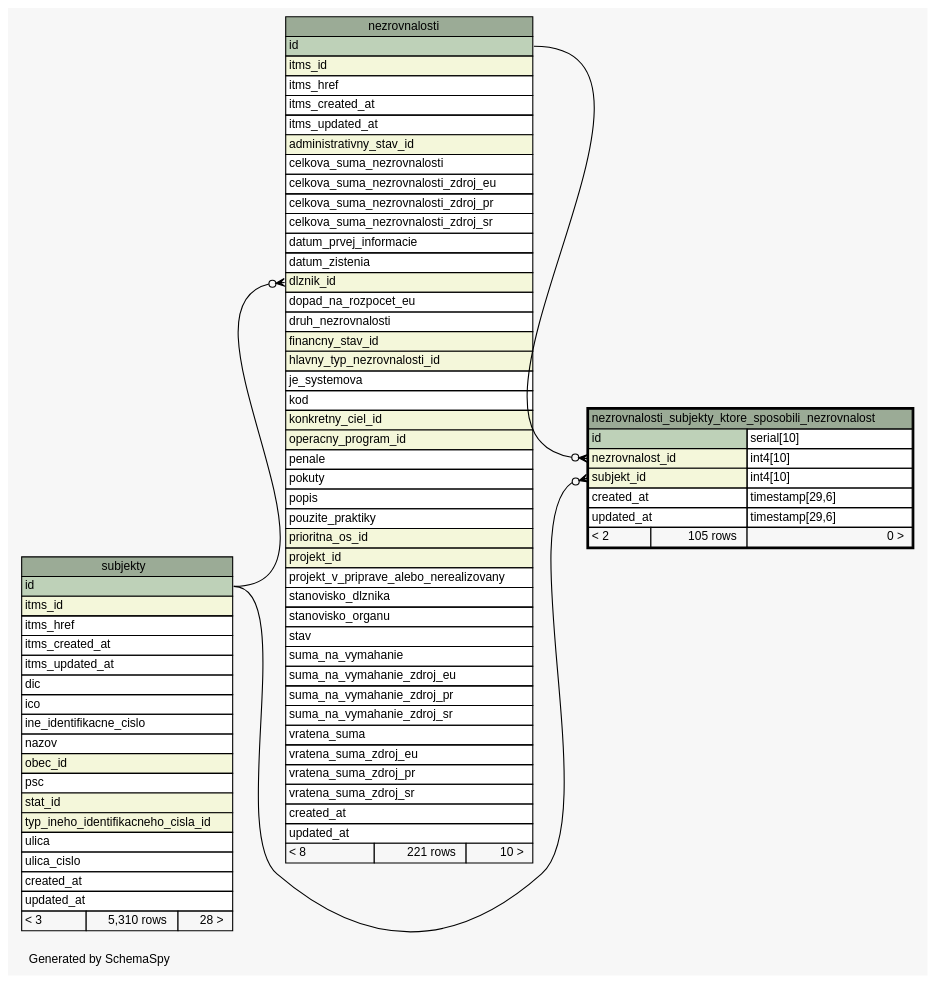
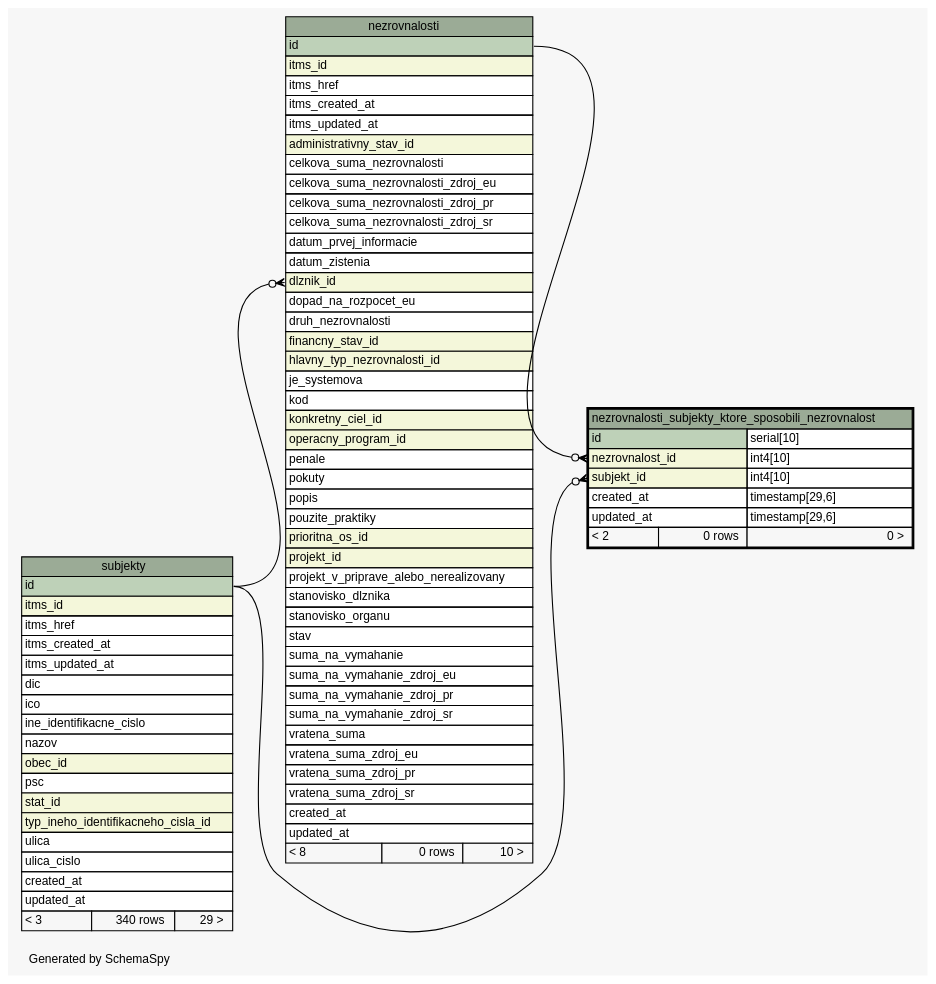
Before and after one commit to eronisko/itms_schema: the diagram in diagrams/nezrovnalosti_subjekty_ktore_sposobili_nezrovnalost.1degree.dot, drawn with Graphviz. The commit also changed 473 other files, not shown here.

Commit message:
Reload schema data

```diff
--- a/diagrams/nezrovnalosti_subjekty_ktore_sposobili_nezrovnalost.1degree.dot
+++ b/diagrams/nezrovnalosti_subjekty_ktore_sposobili_nezrovnalost.1degree.dot
@@ -1,115 +1,115 @@
 // dot 2.38.0 on Linux 4.10.0-38-generic
 // SchemaSpy rev 590
 digraph "oneDegreeRelationshipsDiagram" {
   graph [
     rankdir="RL"
     bgcolor="#f7f7f7"
     label="\nGenerated by SchemaSpy"
     labeljust="l"
     nodesep="0.18"
     ranksep="0.46"
     fontname="Helvetica"
     fontsize="11"
   ];
   node [
     fontname="Helvetica"
     fontsize="11"
     shape="plaintext"
   ];
   edge [
     arrowsize="0.8"
   ];
   "nezrovnalosti":"dlznik_id":w -> "subjekty":"id":e [arrowhead=none dir=back arrowtail=crowodot];
   "nezrovnalosti_subjekty_ktore_sposobili_nezrovnalost":"nezrovnalost_id":w -> "nezrovnalosti":"id":e [arrowhead=none dir=back arrowtail=crowodot];
   "nezrovnalosti_subjekty_ktore_sposobili_nezrovnalost":"subjekt_id":w -> "subjekty":"id":e [arrowhead=none dir=back arrowtail=crowodot];
   "nezrovnalosti" [
     label=<
     <TABLE BORDER="0" CELLBORDER="1" CELLSPACING="0" BGCOLOR="#ffffff">
       <TR><TD COLSPAN="3" BGCOLOR="#9bab96" ALIGN="CENTER">nezrovnalosti</TD></TR>
       <TR><TD PORT="id" COLSPAN="3" BGCOLOR="#bed1b8" ALIGN="LEFT">id</TD></TR>
       <TR><TD PORT="itms_id" COLSPAN="3" BGCOLOR="#f4f7da" ALIGN="LEFT">itms_id</TD></TR>
       <TR><TD PORT="itms_href" COLSPAN="3" ALIGN="LEFT">itms_href</TD></TR>
       <TR><TD PORT="itms_created_at" COLSPAN="3" ALIGN="LEFT">itms_created_at</TD></TR>
       <TR><TD PORT="itms_updated_at" COLSPAN="3" ALIGN="LEFT">itms_updated_at</TD></TR>
       <TR><TD PORT="administrativny_stav_id" COLSPAN="3" BGCOLOR="#f4f7da" ALIGN="LEFT">administrativny_stav_id</TD></TR>
       <TR><TD PORT="celkova_suma_nezrovnalosti" COLSPAN="3" ALIGN="LEFT">celkova_suma_nezrovnalosti</TD></TR>
       <TR><TD PORT="celkova_suma_nezrovnalosti_zdroj_eu" COLSPAN="3" ALIGN="LEFT">celkova_suma_nezrovnalosti_zdroj_eu</TD></TR>
       <TR><TD PORT="celkova_suma_nezrovnalosti_zdroj_pr" COLSPAN="3" ALIGN="LEFT">celkova_suma_nezrovnalosti_zdroj_pr</TD></TR>
       <TR><TD PORT="celkova_suma_nezrovnalosti_zdroj_sr" COLSPAN="3" ALIGN="LEFT">celkova_suma_nezrovnalosti_zdroj_sr</TD></TR>
       <TR><TD PORT="datum_prvej_informacie" COLSPAN="3" ALIGN="LEFT">datum_prvej_informacie</TD></TR>
       <TR><TD PORT="datum_zistenia" COLSPAN="3" ALIGN="LEFT">datum_zistenia</TD></TR>
       <TR><TD PORT="dlznik_id" COLSPAN="3" BGCOLOR="#f4f7da" ALIGN="LEFT">dlznik_id</TD></TR>
       <TR><TD PORT="dopad_na_rozpocet_eu" COLSPAN="3" ALIGN="LEFT">dopad_na_rozpocet_eu</TD></TR>
       <TR><TD PORT="druh_nezrovnalosti" COLSPAN="3" ALIGN="LEFT">druh_nezrovnalosti</TD></TR>
       <TR><TD PORT="financny_stav_id" COLSPAN="3" BGCOLOR="#f4f7da" ALIGN="LEFT">financny_stav_id</TD></TR>
       <TR><TD PORT="hlavny_typ_nezrovnalosti_id" COLSPAN="3" BGCOLOR="#f4f7da" ALIGN="LEFT">hlavny_typ_nezrovnalosti_id</TD></TR>
       <TR><TD PORT="je_systemova" COLSPAN="3" ALIGN="LEFT">je_systemova</TD></TR>
       <TR><TD PORT="kod" COLSPAN="3" ALIGN="LEFT">kod</TD></TR>
       <TR><TD PORT="konkretny_ciel_id" COLSPAN="3" BGCOLOR="#f4f7da" ALIGN="LEFT">konkretny_ciel_id</TD></TR>
       <TR><TD PORT="operacny_program_id" COLSPAN="3" BGCOLOR="#f4f7da" ALIGN="LEFT">operacny_program_id</TD></TR>
       <TR><TD PORT="penale" COLSPAN="3" ALIGN="LEFT">penale</TD></TR>
       <TR><TD PORT="pokuty" COLSPAN="3" ALIGN="LEFT">pokuty</TD></TR>
       <TR><TD PORT="popis" COLSPAN="3" ALIGN="LEFT">popis</TD></TR>
       <TR><TD PORT="pouzite_praktiky" COLSPAN="3" ALIGN="LEFT">pouzite_praktiky</TD></TR>
       <TR><TD PORT="prioritna_os_id" COLSPAN="3" BGCOLOR="#f4f7da" ALIGN="LEFT">prioritna_os_id</TD></TR>
       <TR><TD PORT="projekt_id" COLSPAN="3" BGCOLOR="#f4f7da" ALIGN="LEFT">projekt_id</TD></TR>
       <TR><TD PORT="projekt_v_priprave_alebo_nerealizovany" COLSPAN="3" ALIGN="LEFT">projekt_v_priprave_alebo_nerealizovany</TD></TR>
       <TR><TD PORT="stanovisko_dlznika" COLSPAN="3" ALIGN="LEFT">stanovisko_dlznika</TD></TR>
       <TR><TD PORT="stanovisko_organu" COLSPAN="3" ALIGN="LEFT">stanovisko_organu</TD></TR>
       <TR><TD PORT="stav" COLSPAN="3" ALIGN="LEFT">stav</TD></TR>
       <TR><TD PORT="suma_na_vymahanie" COLSPAN="3" ALIGN="LEFT">suma_na_vymahanie</TD></TR>
       <TR><TD PORT="suma_na_vymahanie_zdroj_eu" COLSPAN="3" ALIGN="LEFT">suma_na_vymahanie_zdroj_eu</TD></TR>
       <TR><TD PORT="suma_na_vymahanie_zdroj_pr" COLSPAN="3" ALIGN="LEFT">suma_na_vymahanie_zdroj_pr</TD></TR>
       <TR><TD PORT="suma_na_vymahanie_zdroj_sr" COLSPAN="3" ALIGN="LEFT">suma_na_vymahanie_zdroj_sr</TD></TR>
       <TR><TD PORT="vratena_suma" COLSPAN="3" ALIGN="LEFT">vratena_suma</TD></TR>
       <TR><TD PORT="vratena_suma_zdroj_eu" COLSPAN="3" ALIGN="LEFT">vratena_suma_zdroj_eu</TD></TR>
       <TR><TD PORT="vratena_suma_zdroj_pr" COLSPAN="3" ALIGN="LEFT">vratena_suma_zdroj_pr</TD></TR>
       <TR><TD PORT="vratena_suma_zdroj_sr" COLSPAN="3" ALIGN="LEFT">vratena_suma_zdroj_sr</TD></TR>
       <TR><TD PORT="created_at" COLSPAN="3" ALIGN="LEFT">created_at</TD></TR>
       <TR><TD PORT="updated_at" COLSPAN="3" ALIGN="LEFT">updated_at</TD></TR>
-      <TR><TD ALIGN="LEFT" BGCOLOR="#f7f7f7">&lt; 8</TD><TD ALIGN="RIGHT" BGCOLOR="#f7f7f7">221 rows</TD><TD ALIGN="RIGHT" BGCOLOR="#f7f7f7">10 &gt;</TD></TR>
+      <TR><TD ALIGN="LEFT" BGCOLOR="#f7f7f7">&lt; 8</TD><TD ALIGN="RIGHT" BGCOLOR="#f7f7f7">0 rows</TD><TD ALIGN="RIGHT" BGCOLOR="#f7f7f7">10 &gt;</TD></TR>
     </TABLE>>
     URL="nezrovnalosti.html"
     tooltip="nezrovnalosti"
   ];
   "nezrovnalosti_subjekty_ktore_sposobili_nezrovnalost" [
     label=<
     <TABLE BORDER="2" CELLBORDER="1" CELLSPACING="0" BGCOLOR="#ffffff">
       <TR><TD COLSPAN="3" BGCOLOR="#9bab96" ALIGN="CENTER">nezrovnalosti_subjekty_ktore_sposobili_nezrovnalost</TD></TR>
       <TR><TD PORT="id" COLSPAN="2" BGCOLOR="#bed1b8" ALIGN="LEFT">id</TD><TD PORT="id.type" ALIGN="LEFT">serial[10]</TD></TR>
       <TR><TD PORT="nezrovnalost_id" COLSPAN="2" BGCOLOR="#f4f7da" ALIGN="LEFT">nezrovnalost_id</TD><TD PORT="nezrovnalost_id.type" ALIGN="LEFT">int4[10]</TD></TR>
       <TR><TD PORT="subjekt_id" COLSPAN="2" BGCOLOR="#f4f7da" ALIGN="LEFT">subjekt_id</TD><TD PORT="subjekt_id.type" ALIGN="LEFT">int4[10]</TD></TR>
       <TR><TD PORT="created_at" COLSPAN="2" ALIGN="LEFT">created_at</TD><TD PORT="created_at.type" ALIGN="LEFT">timestamp[29,6]</TD></TR>
       <TR><TD PORT="updated_at" COLSPAN="2" ALIGN="LEFT">updated_at</TD><TD PORT="updated_at.type" ALIGN="LEFT">timestamp[29,6]</TD></TR>
-      <TR><TD ALIGN="LEFT" BGCOLOR="#f7f7f7">&lt; 2</TD><TD ALIGN="RIGHT" BGCOLOR="#f7f7f7">105 rows</TD><TD ALIGN="RIGHT" BGCOLOR="#f7f7f7">0 &gt;</TD></TR>
+      <TR><TD ALIGN="LEFT" BGCOLOR="#f7f7f7">&lt; 2</TD><TD ALIGN="RIGHT" BGCOLOR="#f7f7f7">0 rows</TD><TD ALIGN="RIGHT" BGCOLOR="#f7f7f7">0 &gt;</TD></TR>
     </TABLE>>
     URL="nezrovnalosti_subjekty_ktore_sposobili_nezrovnalost.html"
     tooltip="nezrovnalosti_subjekty_ktore_sposobili_nezrovnalost"
   ];
   "subjekty" [
     label=<
     <TABLE BORDER="0" CELLBORDER="1" CELLSPACING="0" BGCOLOR="#ffffff">
       <TR><TD COLSPAN="3" BGCOLOR="#9bab96" ALIGN="CENTER">subjekty</TD></TR>
       <TR><TD PORT="id" COLSPAN="3" BGCOLOR="#bed1b8" ALIGN="LEFT">id</TD></TR>
       <TR><TD PORT="itms_id" COLSPAN="3" BGCOLOR="#f4f7da" ALIGN="LEFT">itms_id</TD></TR>
       <TR><TD PORT="itms_href" COLSPAN="3" ALIGN="LEFT">itms_href</TD></TR>
       <TR><TD PORT="itms_created_at" COLSPAN="3" ALIGN="LEFT">itms_created_at</TD></TR>
       <TR><TD PORT="itms_updated_at" COLSPAN="3" ALIGN="LEFT">itms_updated_at</TD></TR>
       <TR><TD PORT="dic" COLSPAN="3" ALIGN="LEFT">dic</TD></TR>
       <TR><TD PORT="ico" COLSPAN="3" ALIGN="LEFT">ico</TD></TR>
       <TR><TD PORT="ine_identifikacne_cislo" COLSPAN="3" ALIGN="LEFT">ine_identifikacne_cislo</TD></TR>
       <TR><TD PORT="nazov" COLSPAN="3" ALIGN="LEFT">nazov</TD></TR>
       <TR><TD PORT="obec_id" COLSPAN="3" BGCOLOR="#f4f7da" ALIGN="LEFT">obec_id</TD></TR>
       <TR><TD PORT="psc" COLSPAN="3" ALIGN="LEFT">psc</TD></TR>
       <TR><TD PORT="stat_id" COLSPAN="3" BGCOLOR="#f4f7da" ALIGN="LEFT">stat_id</TD></TR>
       <TR><TD PORT="typ_ineho_identifikacneho_cisla_id" COLSPAN="3" BGCOLOR="#f4f7da" ALIGN="LEFT">typ_ineho_identifikacneho_cisla_id</TD></TR>
       <TR><TD PORT="ulica" COLSPAN="3" ALIGN="LEFT">ulica</TD></TR>
       <TR><TD PORT="ulica_cislo" COLSPAN="3" ALIGN="LEFT">ulica_cislo</TD></TR>
       <TR><TD PORT="created_at" COLSPAN="3" ALIGN="LEFT">created_at</TD></TR>
       <TR><TD PORT="updated_at" COLSPAN="3" ALIGN="LEFT">updated_at</TD></TR>
-      <TR><TD ALIGN="LEFT" BGCOLOR="#f7f7f7">&lt; 3</TD><TD ALIGN="RIGHT" BGCOLOR="#f7f7f7">5,310 rows</TD><TD ALIGN="RIGHT" BGCOLOR="#f7f7f7">28 &gt;</TD></TR>
+      <TR><TD ALIGN="LEFT" BGCOLOR="#f7f7f7">&lt; 3</TD><TD ALIGN="RIGHT" BGCOLOR="#f7f7f7">340 rows</TD><TD ALIGN="RIGHT" BGCOLOR="#f7f7f7">29 &gt;</TD></TR>
     </TABLE>>
     URL="subjekty.html"
     tooltip="subjekty"
   ];
 }
```
